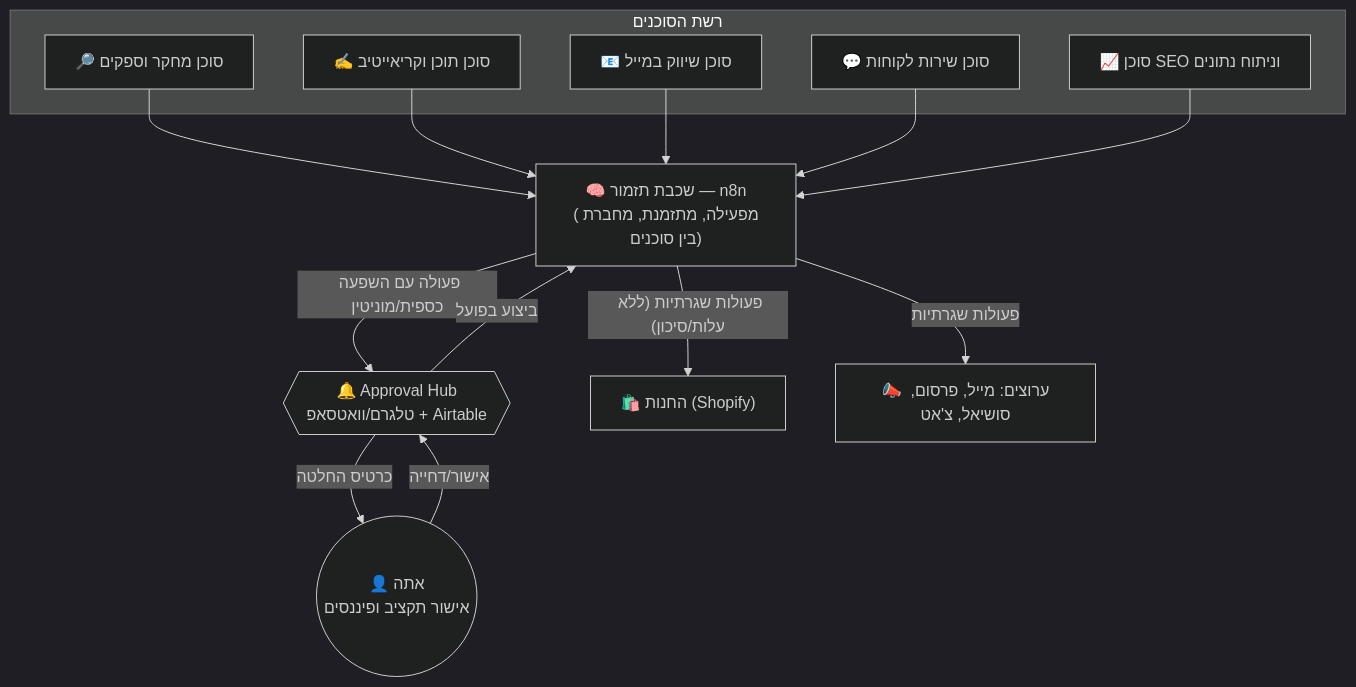
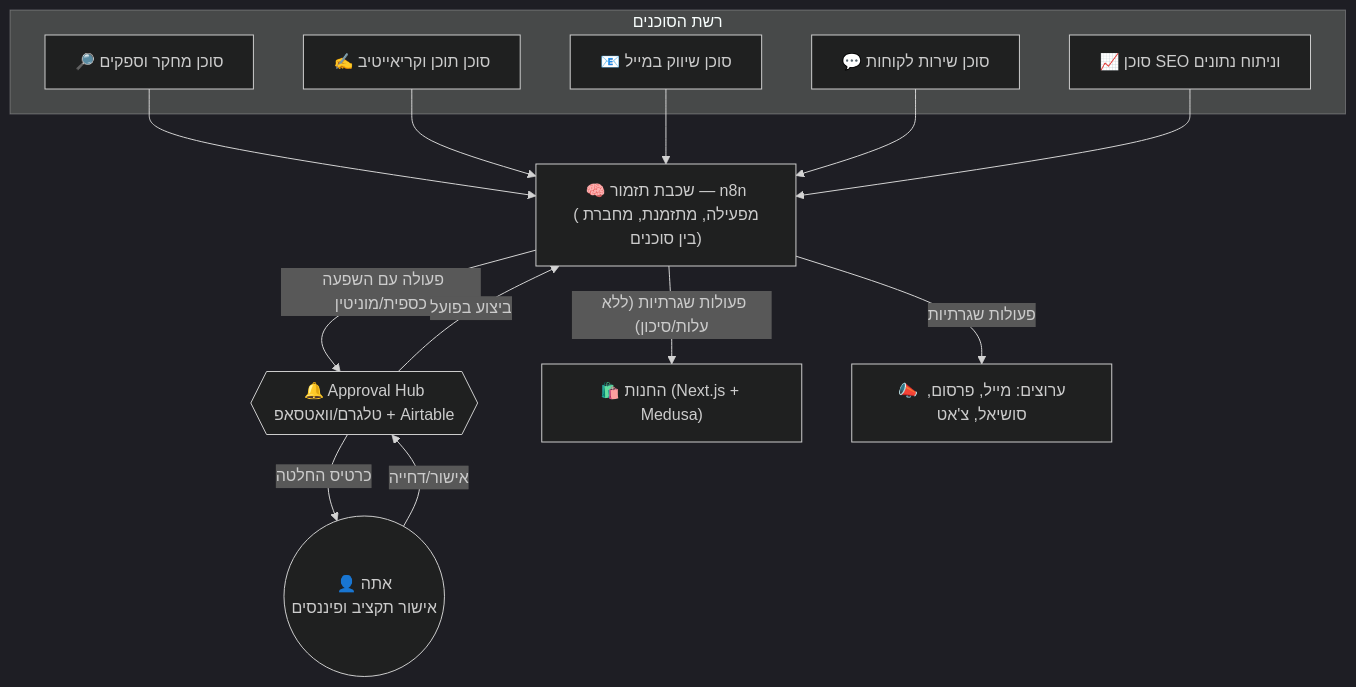
One commit to rosenthala47-ctrl/rami-hair changed the diagram in docs/architecture.md. Above: the diagram before and after it, drawn with Mermaid (dark theme). The commit also changed other lines of this file and 2 other files, not shown here.

First line of the commit message:
Replace Shopify with custom Next.js + Medusa.js + Stripe stack

````diff
--- a/docs/architecture.md
+++ b/docs/architecture.md
@@ -16,29 +16,29 @@
 ```mermaid
 flowchart TB
     subgraph Agents["רשת הסוכנים"]
         A1["🔎 סוכן מחקר וספקים"]
         A2["✍️ סוכן תוכן וקריאייטיב"]
         A3["📧 סוכן שיווק במייל"]
         A4["💬 סוכן שירות לקוחות"]
         A5["📈 סוכן SEO וניתוח נתונים"]
     end
 
     ORCH["🧠 שכבת תזמור — n8n\n(מפעילה, מתזמנת, מחברת בין סוכנים)"]
     HUB{{"🔔 Approval Hub\nטלגרם/וואטסאפ + Airtable"}}
     HUMAN(("👤 אתה\nאישור תקציב ופיננסים"))
-    STORE["🛍️ החנות (Shopify)"]
+    STORE["🛍️ החנות (Next.js + Medusa)"]
     CHANNELS["📣 ערוצים: מייל, פרסום, סושיאל, צ'אט"]
 
     A1 --> ORCH
     A2 --> ORCH
     A3 --> ORCH
     A4 --> ORCH
     A5 --> ORCH
 
     ORCH -- "פעולות שגרתיות (ללא עלות/סיכון)" --> STORE
     ORCH -- "פעולות שגרתיות" --> CHANNELS
     ORCH -- "פעולה עם השפעה כספית/מוניטין" --> HUB
     HUB -- "כרטיס החלטה" --> HUMAN
     HUMAN -- "אישור/דחייה" --> HUB
     HUB -- "ביצוע בפועל" --> ORCH
 ```
````
